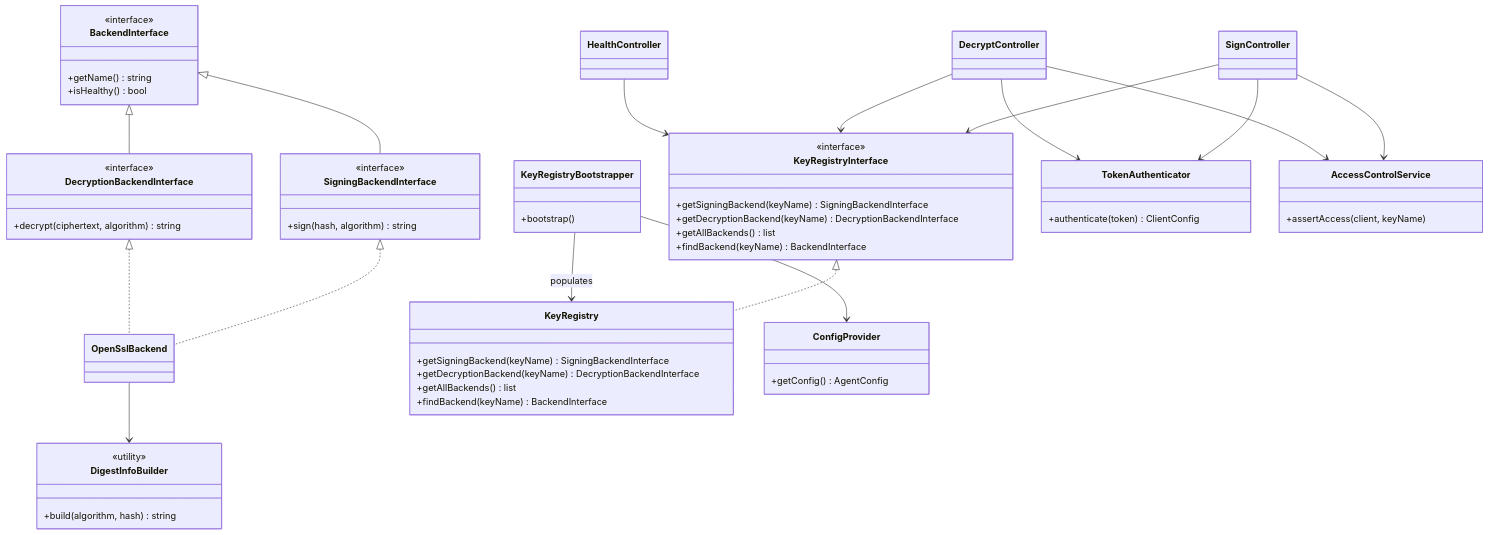
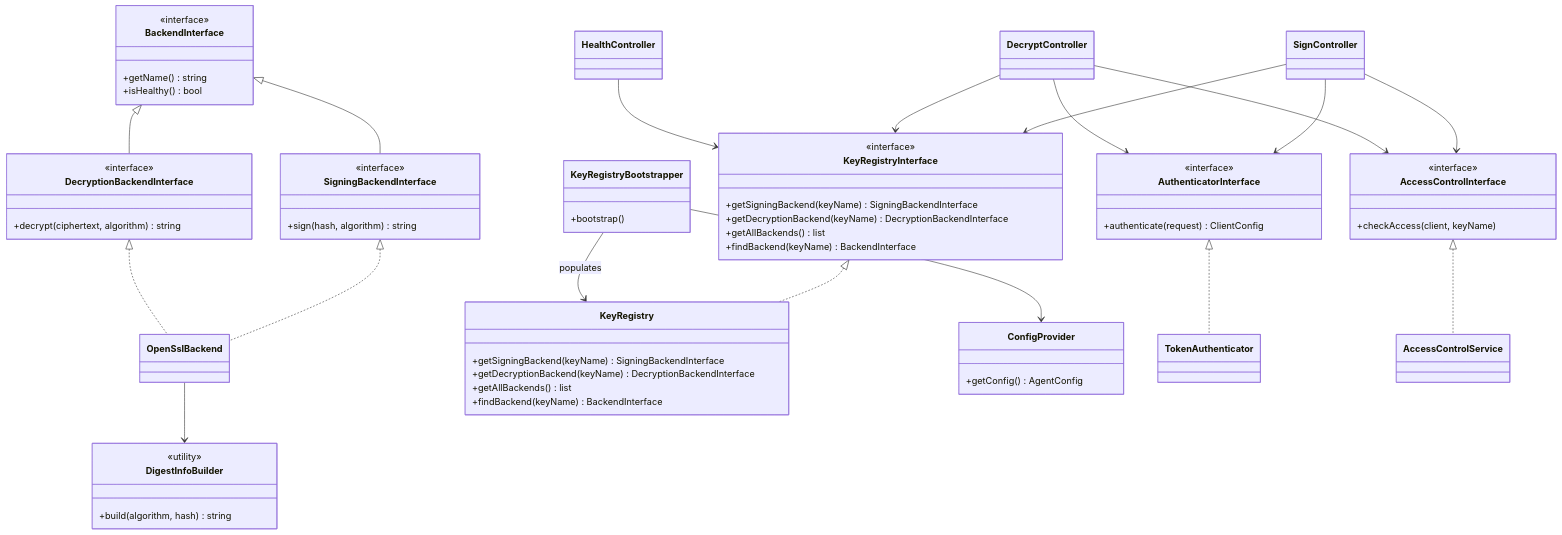
One commit to OpenConext/OpenConext-private-key-agent changed the third of 3 diagrams in docs/DESIGN-SPECIFICATION.md. Above: the diagram before and after it, drawn with Mermaid. The commit also changed other lines of this file, not shown here.

````diff
--- a/docs/DESIGN-SPECIFICATION.md
+++ b/docs/DESIGN-SPECIFICATION.md
@@ -418,70 +419,77 @@
 ```mermaid
 classDiagram
     class BackendInterface {
         <<interface>>
         +getName() string
         +isHealthy() bool
     }
     class SigningBackendInterface {
         <<interface>>
         +sign(hash, algorithm) string
     }
     class DecryptionBackendInterface {
         <<interface>>
         +decrypt(ciphertext, algorithm) string
     }
     BackendInterface <|-- SigningBackendInterface
     BackendInterface <|-- DecryptionBackendInterface
 
     class OpenSslBackend
     SigningBackendInterface <|.. OpenSslBackend
     DecryptionBackendInterface <|.. OpenSslBackend
 
     class DigestInfoBuilder {
         <<utility>>
         +build(algorithm, hash) string
     }
     OpenSslBackend --> DigestInfoBuilder
 
     class KeyRegistryInterface {
         <<interface>>
         +getSigningBackend(keyName) SigningBackendInterface
         +getDecryptionBackend(keyName) DecryptionBackendInterface
         +getAllBackends() list
         +findBackend(keyName) BackendInterface
     }
     class KeyRegistry {
         +getSigningBackend(keyName) SigningBackendInterface
         +getDecryptionBackend(keyName) DecryptionBackendInterface
         +getAllBackends() list
         +findBackend(keyName) BackendInterface
     }
     KeyRegistryInterface <|.. KeyRegistry
     class KeyRegistryBootstrapper {
         +bootstrap()
     }
     KeyRegistryBootstrapper --> KeyRegistry : populates
 
     class ConfigProvider {
         +getConfig() AgentConfig
     }
     KeyRegistryBootstrapper --> ConfigProvider
 
-    class TokenAuthenticator {
-        +authenticate(token) ClientConfig
+    class AuthenticatorInterface {
+        <<interface>>
+        +authenticate(request) ClientConfig
     }
-    class AccessControlService {
-        +assertAccess(client, keyName)
+    class TokenAuthenticator
+    AuthenticatorInterface <|.. TokenAuthenticator
+
+    class AccessControlInterface {
+        <<interface>>
+        +checkAccess(client, keyName)
     }
+    class AccessControlService
+    AccessControlInterface <|.. AccessControlService
 
     class SignController
     class DecryptController
     class HealthController
-    SignController --> TokenAuthenticator
-    SignController --> AccessControlService
+    SignController --> AuthenticatorInterface
+    SignController --> AccessControlInterface
     SignController --> KeyRegistryInterface
-    DecryptController --> TokenAuthenticator
-    DecryptController --> AccessControlService
+    DecryptController --> AuthenticatorInterface
+    DecryptController --> AccessControlInterface
     DecryptController --> KeyRegistryInterface
     HealthController --> KeyRegistryInterface
 ```
````
